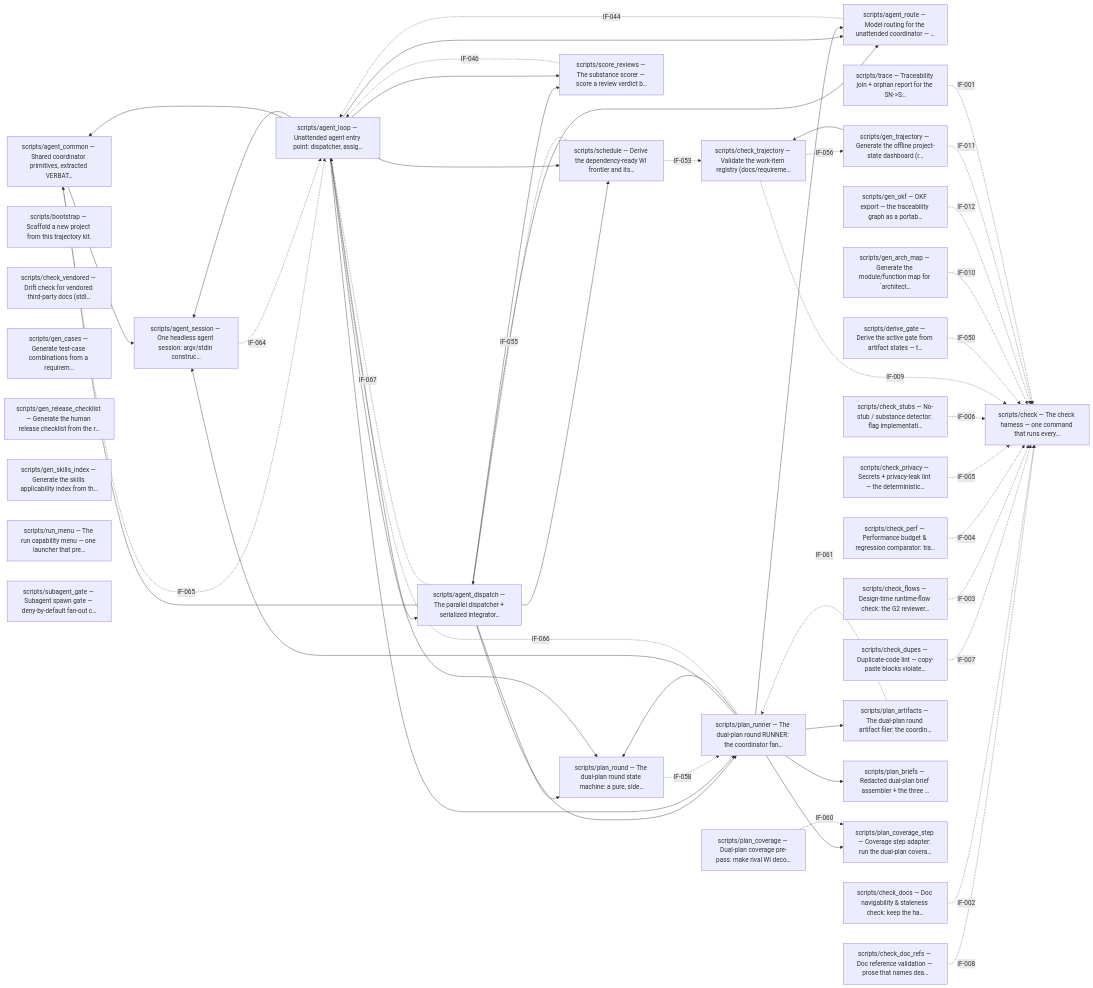
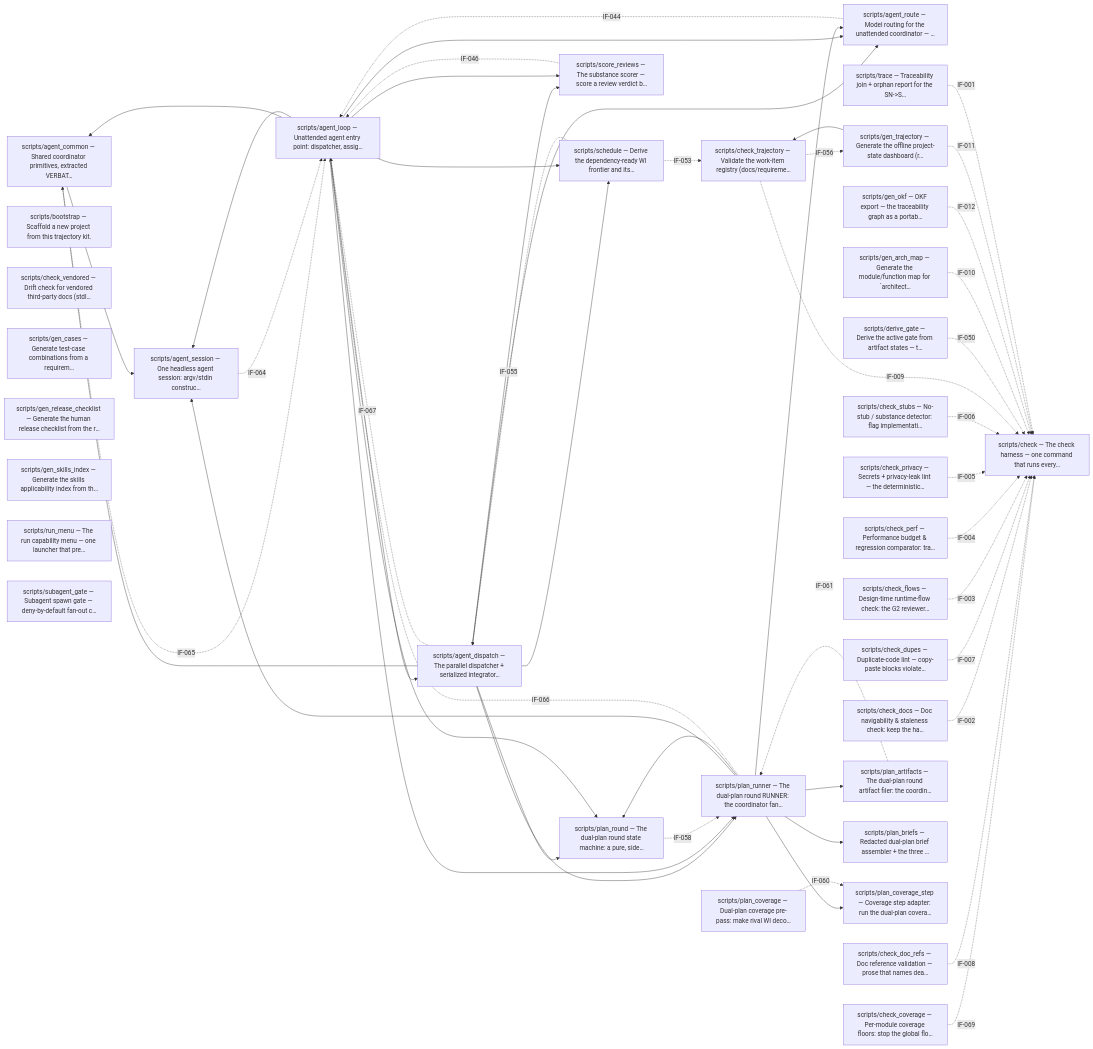
The first of 4 diagrams in docs/architecture.md (diytechy/ai-template), drawn with Mermaid before and after one commit. The commit also changed other lines of this file and 31 other files, not shown here.

```diff
--- a/docs/architecture.md
+++ b/docs/architecture.md
@@ -43,6 +43,7 @@
     m_scripts_agent_session["scripts/agent_session — One headless agent session: argv/stdin construc…"]
     m_scripts_bootstrap["scripts/bootstrap — Scaffold a new project from this trajectory kit."]
     m_scripts_check["scripts/check — The check harness — one command that runs every…"]
+    m_scripts_check_coverage["scripts/check_coverage — Per-module coverage floors: stop the global flo…"]
     m_scripts_check_doc_refs["scripts/check_doc_refs — Doc reference validation — prose that names dea…"]
     m_scripts_check_docs["scripts/check_docs — Doc navigability & staleness check: keep the ha…"]
     m_scripts_check_dupes["scripts/check_dupes — Duplicate-code lint — copy-paste blocks violate…"]
@@ -96,6 +97,7 @@
     m_scripts_agent_dispatch -. IF-067 .-> m_scripts_agent_loop
     m_scripts_agent_route -. IF-044 .-> m_scripts_agent_loop
     m_scripts_agent_session -. IF-064 .-> m_scripts_agent_loop
+    m_scripts_check_coverage -. IF-069 .-> m_scripts_check
     m_scripts_check_doc_refs -. IF-008 .-> m_scripts_check
     m_scripts_check_docs -. IF-002 .-> m_scripts_check
     m_scripts_check_dupes -. IF-007 .-> m_scripts_check
```
